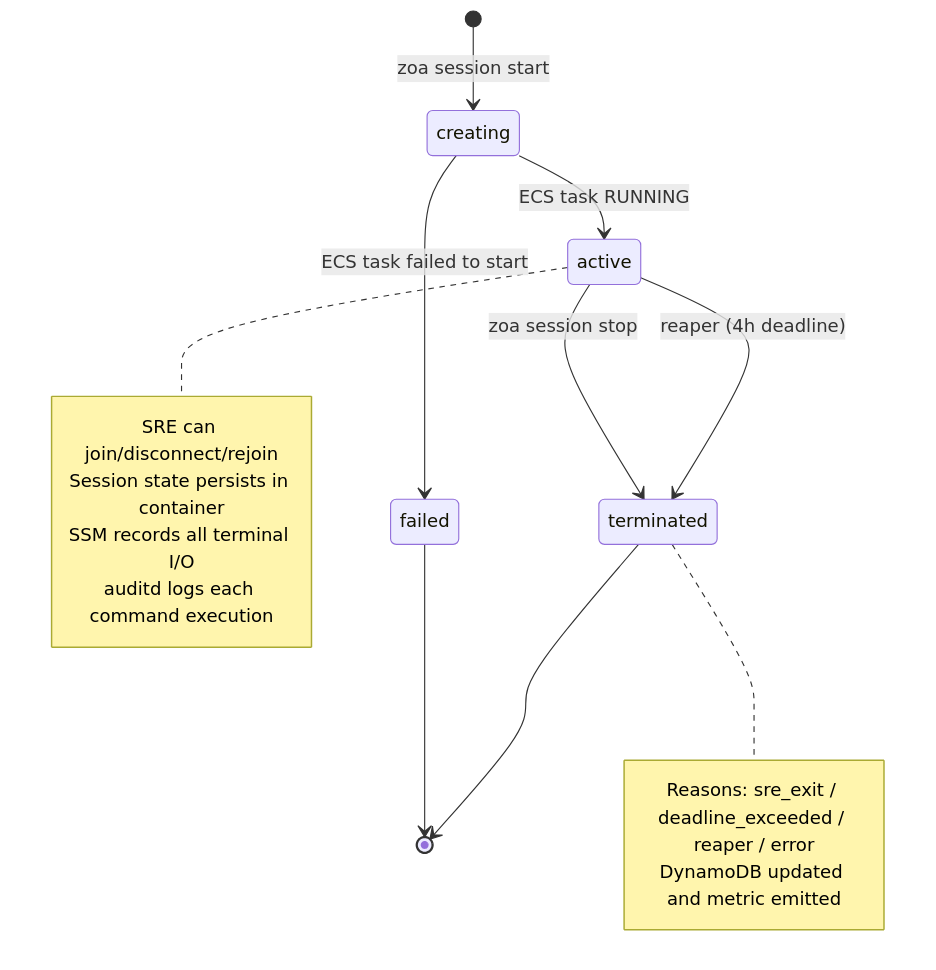
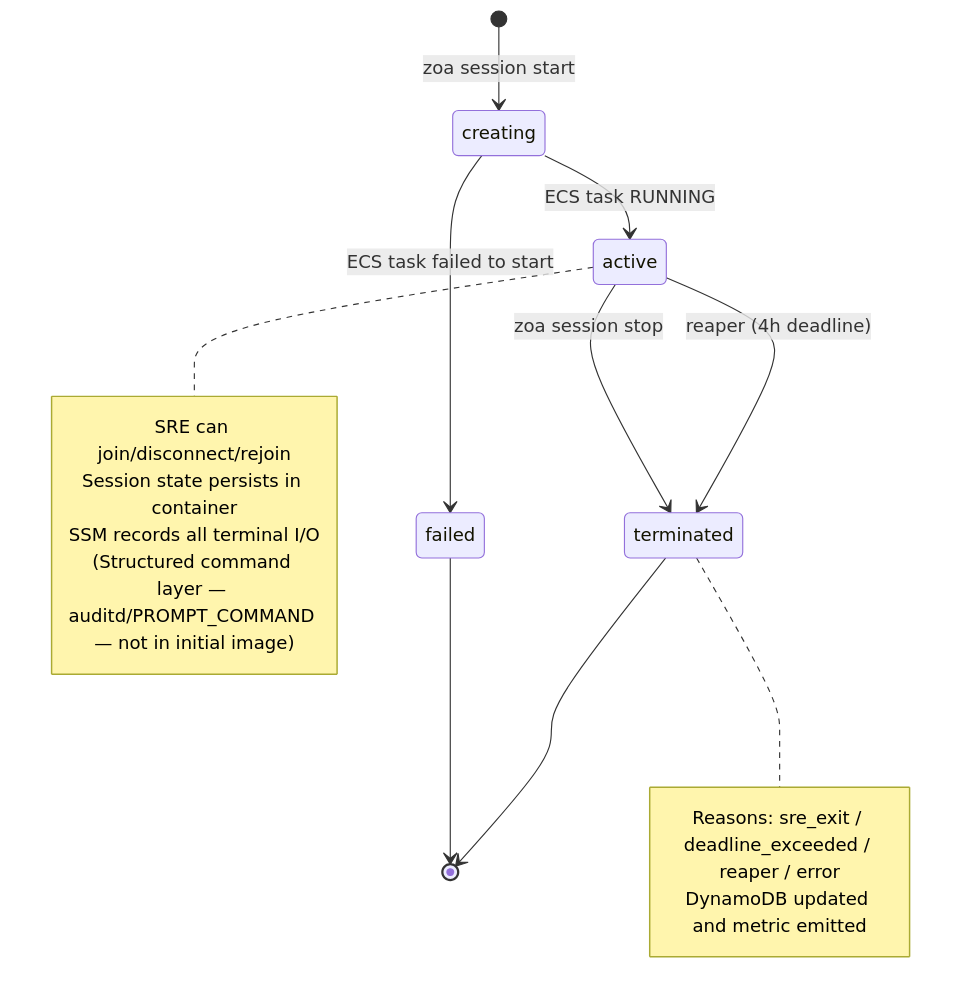
Before and after one commit to slopezz/rosa-hyperfleet-zoa: the fifth of 7 diagrams in docs/design/zoa-boundary-epic-plan.md, drawn with Mermaid. The commit also changed other lines of this file, not shown here.

````diff
--- a/docs/design/zoa-boundary-epic-plan.md
+++ b/docs/design/zoa-boundary-epic-plan.md
@@ -171,23 +205,23 @@
 ```mermaid
 stateDiagram-v2
     [*] --> creating: zoa session start
     creating --> active: ECS task RUNNING
     creating --> failed: ECS task failed to start
 
     active --> terminated: zoa session stop
     active --> terminated: reaper (4h deadline)
 
     failed --> [*]
     terminated --> [*]
 
     note right of active
         SRE can join/disconnect/rejoin
         Session state persists in container
         SSM records all terminal I/O
-        auditd logs each command execution
+        (Structured command layer — auditd/PROMPT_COMMAND — not in initial image)
     end note
     note right of terminated
         Reasons: sre_exit / deadline_exceeded / reaper / error
         DynamoDB updated and metric emitted
     end note
 ```
````
